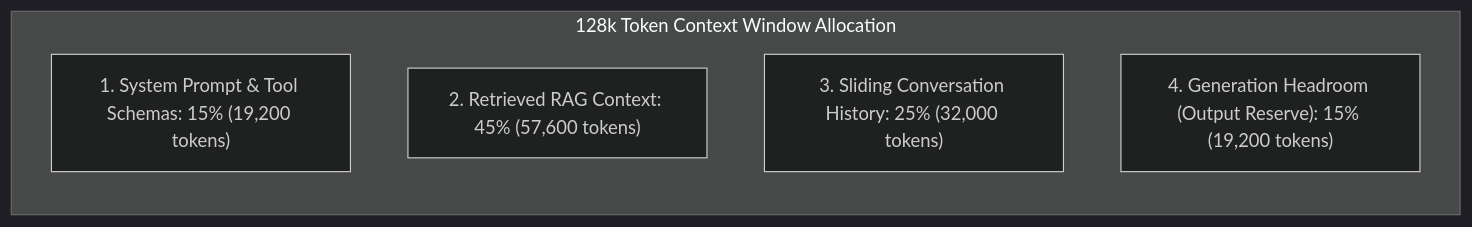
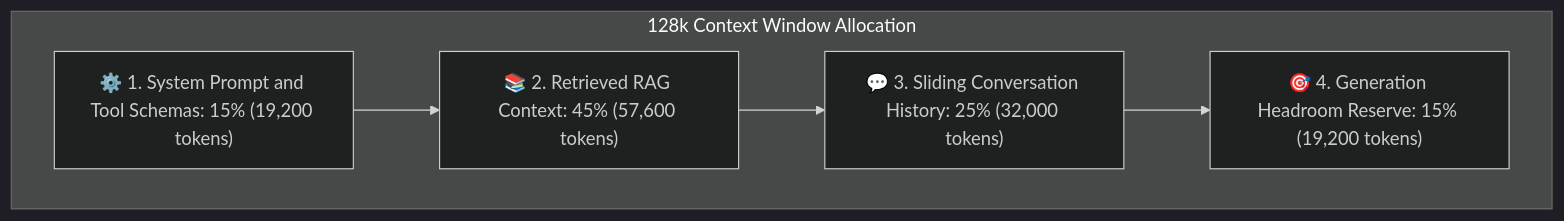
Before and after one commit to dip4k/senior-engineer-to-ai-engineer-roadmap: diagram 13 of 15 in resources/beginner-mistakes-cheatsheet.md, drawn with Mermaid (dark theme). The commit also changed other lines of this file and 94 other files, not shown here.

Commit message:
refactor(curriculum): complete Phase 04 upgrade and enforce diagram renderer invariants

````diff
--- a/resources/beginner-mistakes-cheatsheet.md
+++ b/resources/beginner-mistakes-cheatsheet.md
@@ -972,10 +968,10 @@
 ```mermaid
 flowchart TD
-    subgraph ContextBudget["128k Token Context Window Allocation"]
-        direction TB
-        B1["1. System Prompt & Tool Schemas: 15% (19,200 tokens)"]
-        B2["2. Retrieved RAG Context: 45% (57,600 tokens)"]
-        B3["3. Sliding Conversation History: 25% (32,000 tokens)"]
-        B4["4. Generation Headroom (Output Reserve): 15% (19,200 tokens)"]
+    subgraph ContextBudget["128k Context Window Allocation"]
+        B1["⚙️ 1. System Prompt and Tool Schemas: 15% (19,200 tokens)"]
+        B2["📚 2. Retrieved RAG Context: 45% (57,600 tokens)"]
+        B3["💬 3. Sliding Conversation History: 25% (32,000 tokens)"]
+        B4["🎯 4. Generation Headroom Reserve: 15% (19,200 tokens)"]
+        B1 --> B2 --> B3 --> B4
     end
 ```
````
